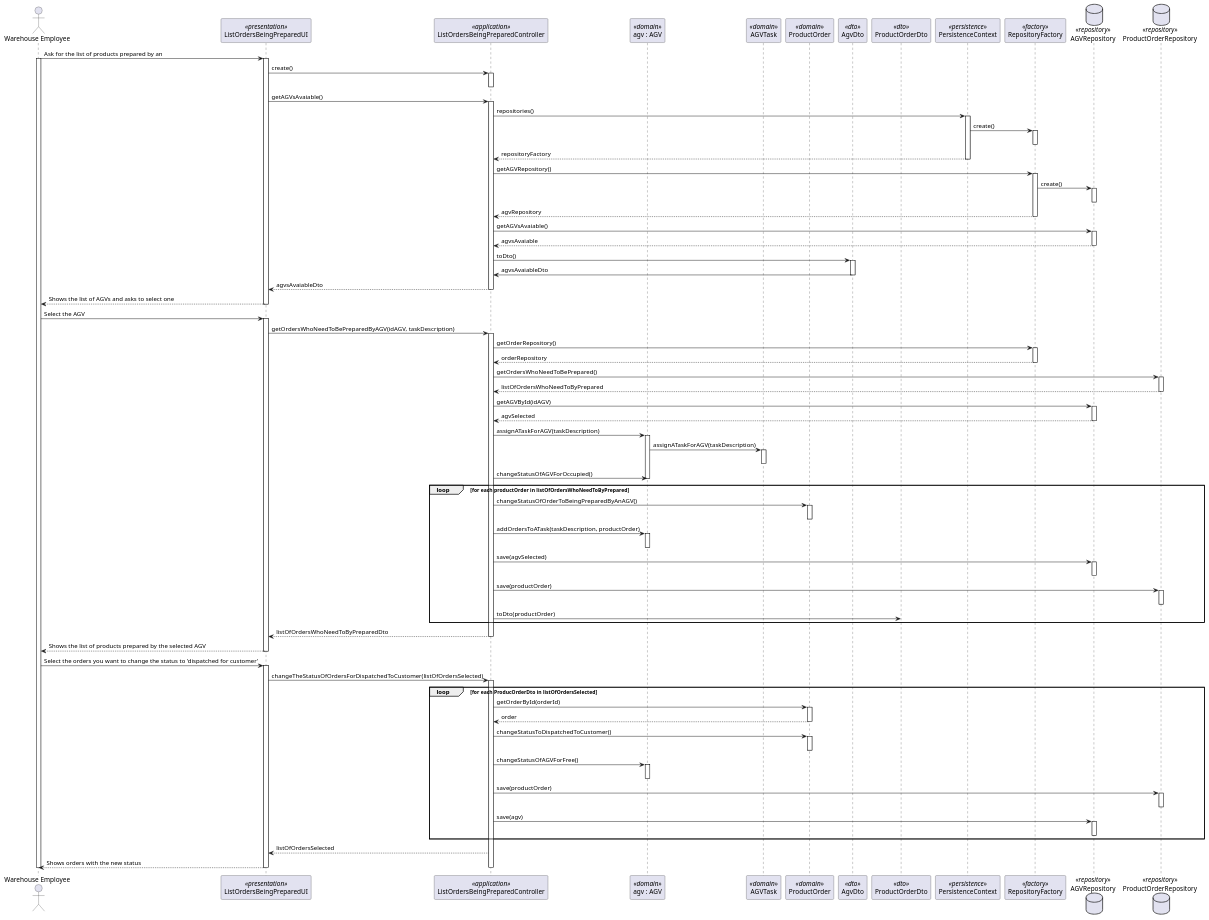
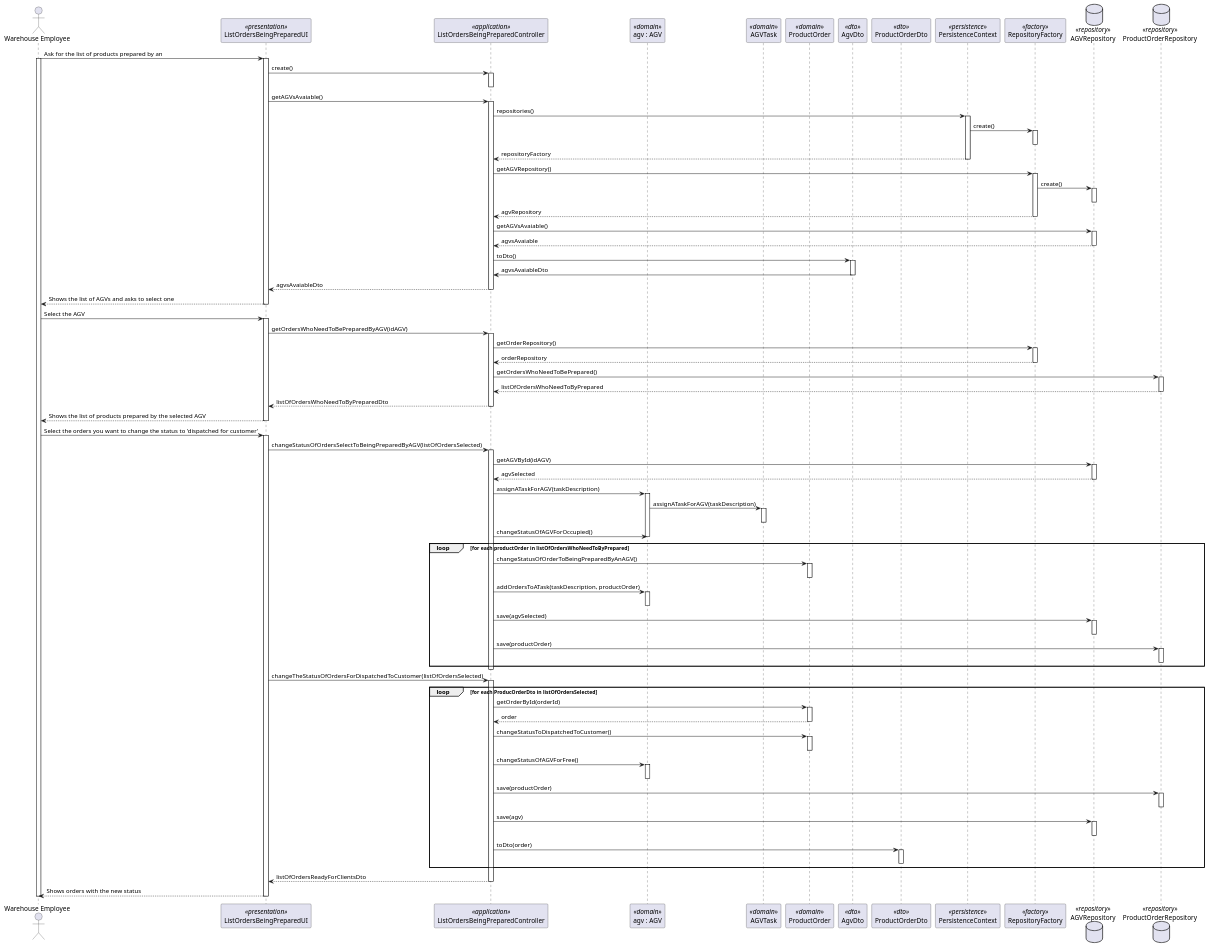
Before and after one commit to 0franciscor/lei21_22_s4_2de_01: the diagram in docs/1200720/US2004/SD_US2004.puml, drawn with PlantUML. The commit also changed 12 other files, not shown here.

```diff
--- a/docs/1200720/US2004/SD_US2004.puml
+++ b/docs/1200720/US2004/SD_US2004.puml
@@ -1,183 +1,193 @@
 @startuml
 'http://plantuml.com/skinparam.html
 
 actor "Warehouse Employee" as EMPLOYEE
 participant ListOrdersBeingPreparedUI as UI <<presentation>>
 participant ListOrdersBeingPreparedController as CONTROLLER <<application>>
 participant "agv : AGV" as AGV <<domain>>
 participant AGVTask as TASK <<domain>>
 participant ProductOrder as ORDER <<domain>>
 participant AgvDto as DTO_AGV <<dto>>
 participant ProductOrderDto as DTO_ORDER <<dto>>
 participant PersistenceContext as PERSISTENCE <<persistence>>
 participant RepositoryFactory as FACTORY <<factory>>
 database AGVRepository as REPOSITORY_AGV <<repository>>
 database ProductOrderRepository as REPOSITORY_ORDERS <<repository>>
 
 EMPLOYEE -> UI: Ask for the list of products prepared by an
 activate EMPLOYEE
 activate UI
 
 UI -> CONTROLLER: create()
 
 activate CONTROLLER
 deactivate CONTROLLER
 
 UI -> CONTROLLER : getAGVsAvaiable()
 activate CONTROLLER
 
 CONTROLLER -> PERSISTENCE : repositories()
 
 activate PERSISTENCE
 
 PERSISTENCE -> FACTORY : create()
 
 activate FACTORY
 deactivate FACTORY
 
 PERSISTENCE --> CONTROLLER : repositoryFactory
 
 deactivate PERSISTENCE
 
 CONTROLLER -> FACTORY : getAGVRepository()
 
 activate FACTORY
 
 FACTORY -> REPOSITORY_AGV : create()
 
 activate REPOSITORY_AGV
 deactivate REPOSITORY_AGV
 
 FACTORY --> CONTROLLER : agvRepository
 deactivate FACTORY
 
 CONTROLLER -> REPOSITORY_AGV : getAGVsAvaiable()
 
 activate REPOSITORY_AGV
 
 REPOSITORY_AGV --> CONTROLLER : agvsAvaiable
 
 deactivate REPOSITORY_AGV
 
 CONTROLLER -> DTO_AGV : toDto()
 
 activate DTO_AGV
 
 DTO_AGV -> CONTROLLER : agvsAvaiableDto
 
 deactivate DTO_AGV
 
 CONTROLLER --> UI : agvsAvaiableDto
 deactivate CONTROLLER
 
 UI --> EMPLOYEE: Shows the list of AGVs and asks to select one
 
 
 deactivate CONTROLLER
 deactivate UI
 
 EMPLOYEE -> UI : Select the AGV
 
 activate UI
 
-UI -> CONTROLLER : getOrdersWhoNeedToBePreparedByAGV(idAGV, taskDescription)
+UI -> CONTROLLER : getOrdersWhoNeedToBePreparedByAGV(idAGV)
 
 activate CONTROLLER
 
 CONTROLLER -> FACTORY : getOrderRepository()
 
 activate FACTORY
 
 FACTORY --> CONTROLLER : orderRepository
 
 deactivate FACTORY
 
 CONTROLLER -> REPOSITORY_ORDERS : getOrdersWhoNeedToBePrepared()
 
 activate REPOSITORY_ORDERS
 
 REPOSITORY_ORDERS --> CONTROLLER : listOfOrdersWhoNeedToByPrepared
 deactivate REPOSITORY_ORDERS
 
+CONTROLLER --> UI : listOfOrdersWhoNeedToByPreparedDto
+deactivate CONTROLLER
+
+
+UI --> EMPLOYEE : Shows the list of products prepared by the selected AGV
+
+deactivate UI
+
+EMPLOYEE -> UI : Select the orders you want to change the status to 'dispatched for customer'
+activate UI
+
+UI -> CONTROLLER : changeStatusOfOrdersSelectToBeingPreparedByAGV(listOfOrdersSelected)
+activate CONTROLLER
 CONTROLLER -> REPOSITORY_AGV : getAGVById(idAGV)
 activate REPOSITORY_AGV
 
 REPOSITORY_AGV --> CONTROLLER : agvSelected
 deactivate REPOSITORY_AGV
 
 CONTROLLER -> AGV : assignATaskForAGV(taskDescription)
 activate AGV
 
 AGV -> TASK : assignATaskForAGV(taskDescription)
 activate TASK
 deactivate TASK
 
 CONTROLLER -> AGV : changeStatusOfAGVForOccupied()
 deactivate AGV
 
 
 
 loop for each productOrder in listOfOrdersWhoNeedToByPrepared
 CONTROLLER -> ORDER : changeStatusOfOrderToBeingPreparedByAnAGV()
 activate ORDER
 deactivate ORDER
 
 CONTROLLER -> AGV : addOrdersToATask(taskDescription, productOrder)
 activate AGV
 deactivate AGV
 CONTROLLER -> REPOSITORY_AGV : save(agvSelected)
 activate REPOSITORY_AGV
 deactivate REPOSITORY_AGV
 CONTROLLER -> REPOSITORY_ORDERS : save(productOrder)
 activate REPOSITORY_ORDERS
 deactivate REPOSITORY_ORDERS
 
-CONTROLLER -> DTO_ORDER : toDto(productOrder)
 end
 
-CONTROLLER --> UI : listOfOrdersWhoNeedToByPreparedDto
+
 deactivate CONTROLLER
-
-UI --> EMPLOYEE : Shows the list of products prepared by the selected AGV
-
-deactivate UI
-
-EMPLOYEE -> UI : Select the orders you want to change the status to 'dispatched for customer'
-activate UI
 
 UI -> CONTROLLER : changeTheStatusOfOrdersForDispatchedToCustomer(listOfOrdersSelected)
 activate CONTROLLER
 
 loop for each ProducOrderDto in listOfOrdersSelected
 CONTROLLER -> ORDER : getOrderById(orderId)
 activate ORDER
 ORDER --> CONTROLLER : order
 deactivate ORDER
 
 CONTROLLER -> ORDER : changeStatusToDispatchedToCustomer()
 activate ORDER
 deactivate ORDER
 
 CONTROLLER -> AGV : changeStatusOfAGVForFree()
 activate AGV
 deactivate AGV
 
 CONTROLLER -> REPOSITORY_ORDERS : save(productOrder)
 activate REPOSITORY_ORDERS
 deactivate REPOSITORY_ORDERS
 
 CONTROLLER -> REPOSITORY_AGV : save(agv)
 activate REPOSITORY_AGV
 deactivate REPOSITORY_AGV
+CONTROLLER -> DTO_ORDER : toDto(order)
+activate DTO_ORDER
+deactivate DTO_ORDER
 end loop
 
-CONTROLLER --> UI : listOfOrdersSelected
+CONTROLLER --> UI : listOfOrdersReadyForClientsDto
+deactivate CONTROLLER
+
 UI --> EMPLOYEE : Shows orders with the new status
 
-deactivate CONTROLLER
+
 deactivate UI
 
 
 deactivate EMPLOYEE
 
 @enduml
```
